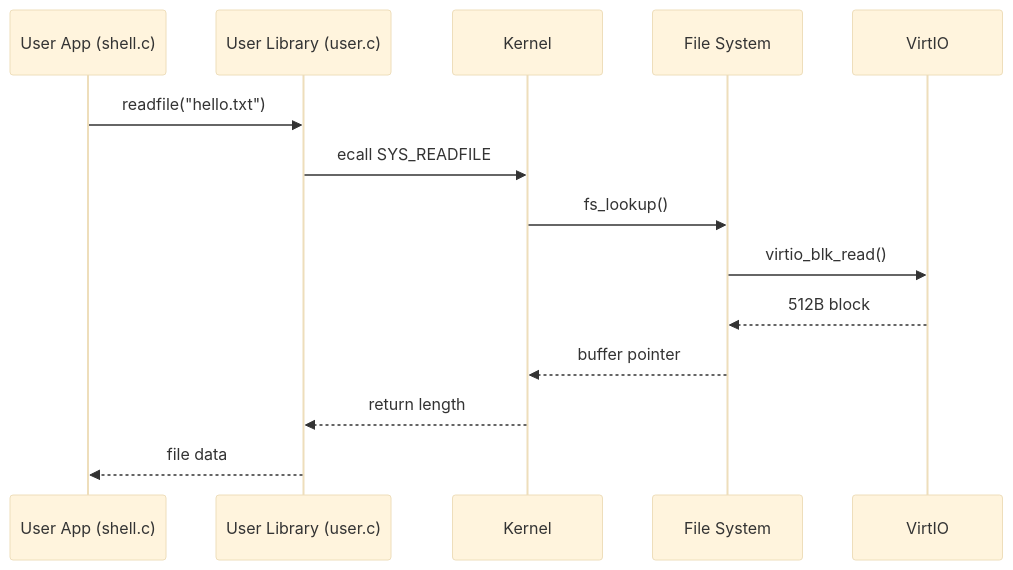
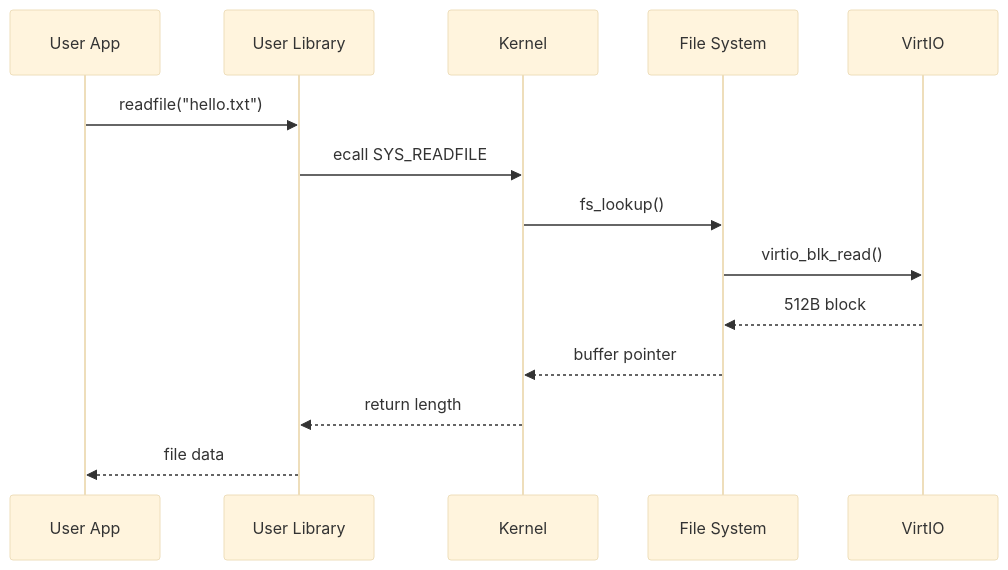
One commit to phUR99/Project changed the ninth of 9 diagrams in OS/README.md. Above: the diagram before and after it, drawn with Mermaid (base theme). The commit also changed other lines of this file, not shown here.

Commit message:
OS mermaid 오류 수정

````diff
--- a/OS/README.md
+++ b/OS/README.md
@@ -136,17 +135,17 @@
 ```mermaid
 sequenceDiagram
-    participant User as User App (shell.c)
-    participant Libc as User Library (user.c)
+    participant User as User App
+    participant Libc as User Library
     participant Kernel as Kernel
     participant FS as File System
     participant Disk as VirtIO
 
     User->>Libc: readfile("hello.txt")
     Libc->>Kernel: ecall SYS_READFILE
     Kernel->>FS: fs_lookup()
     FS->>Disk: virtio_blk_read()
     Disk-->>FS: 512B block
     FS-->>Kernel: buffer pointer
     Kernel-->>Libc: return length
     Libc-->>User: file data
 ```
````
